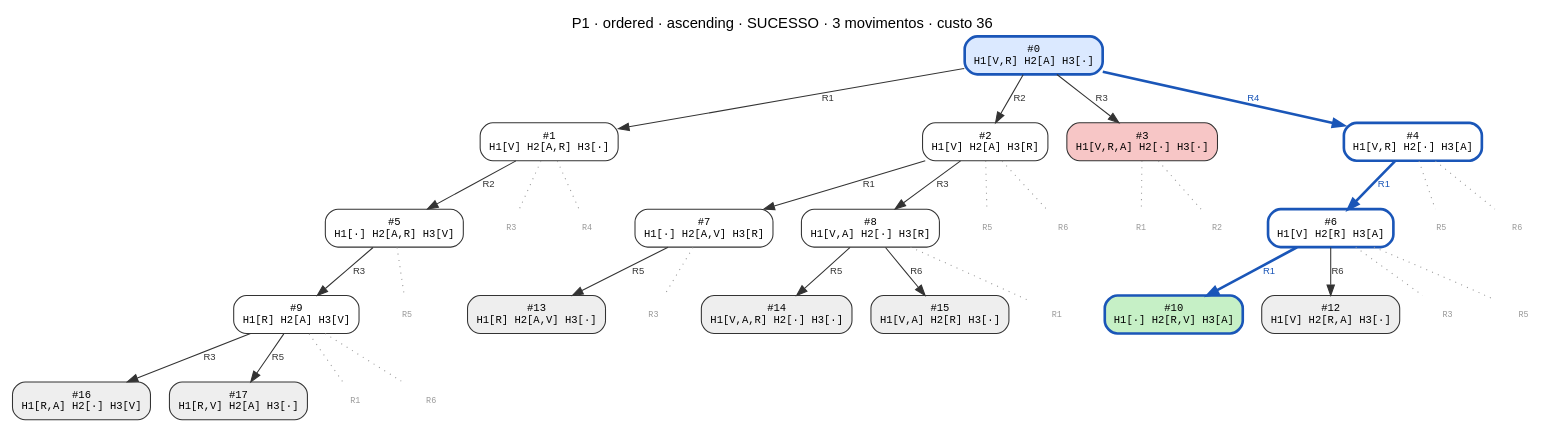
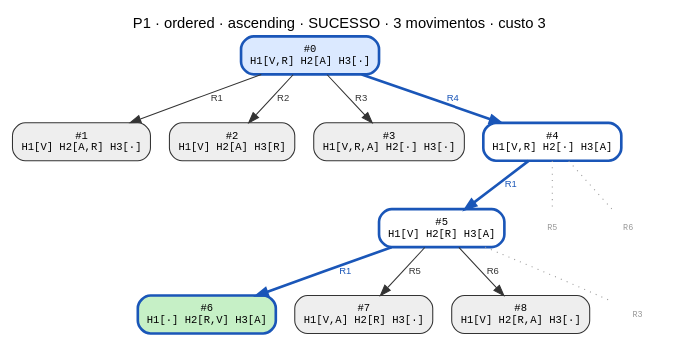
One commit to CharlesLB/dcc-014-trabalho-1 changed the diagram in data/P1/ordered_ascending.dot. Above: the diagram before and after it, drawn with Graphviz. The commit also changed 17 other files, not shown here.

Commit message:
Regenerate the search-tree graphs with unit move cost and the greedy search

```diff
--- a/data/P1/ordered_ascending.dot
+++ b/data/P1/ordered_ascending.dot
@@ -1,68 +1,28 @@
 digraph search {
-  label="P1 · ordered · ascending · SUCESSO · 3 movimentos · custo 36"; labelloc=t; fontname="Helvetica";
+  label="P1 · ordered · ascending · SUCESSO · 3 movimentos · custo 3"; labelloc=t; fontname="Helvetica";
   node [shape=box, style="rounded,filled", fontname="monospace", fontsize=10];
   edge [fontname="Helvetica", fontsize=9];
   n0 [label="#0\nH1[V,R] H2[A] H3[·]", fillcolor="#dbe9ff", color="#1a56b8", penwidth=2.5];
-  n1 [label="#1\nH1[V] H2[A,R] H3[·]", fillcolor="#ffffff", color="#333333", penwidth=1];
+  n1 [label="#1\nH1[V] H2[A,R] H3[·]", fillcolor="#eeeeee", color="#333333", penwidth=1];
   n0 -> n1 [label="R1", color="#333333", fontcolor="#333333", penwidth=1];
-  n2 [label="#2\nH1[V] H2[A] H3[R]", fillcolor="#ffffff", color="#333333", penwidth=1];
+  n2 [label="#2\nH1[V] H2[A] H3[R]", fillcolor="#eeeeee", color="#333333", penwidth=1];
   n0 -> n2 [label="R2", color="#333333", fontcolor="#333333", penwidth=1];
-  n3 [label="#3\nH1[V,R,A] H2[·] H3[·]", fillcolor="#f7c6c6", color="#333333", penwidth=1];
+  n3 [label="#3\nH1[V,R,A] H2[·] H3[·]", fillcolor="#eeeeee", color="#333333", penwidth=1];
   n0 -> n3 [label="R3", color="#333333", fontcolor="#333333", penwidth=1];
   n4 [label="#4\nH1[V,R] H2[·] H3[A]", fillcolor="#ffffff", color="#1a56b8", penwidth=2.5];
   n0 -> n4 [label="R4", color="#1a56b8", fontcolor="#1a56b8", penwidth=2.5];
-  n5 [label="#5\nH1[·] H2[A,R] H3[V]", fillcolor="#ffffff", color="#333333", penwidth=1];
-  n1 -> n5 [label="R2", color="#333333", fontcolor="#333333", penwidth=1];
-  n6 [label="#6\nH1[V] H2[R] H3[A]", fillcolor="#ffffff", color="#1a56b8", penwidth=2.5];
-  n4 -> n6 [label="R1", color="#1a56b8", fontcolor="#1a56b8", penwidth=2.5];
-  n7 [label="#7\nH1[·] H2[A,V] H3[R]", fillcolor="#ffffff", color="#333333", penwidth=1];
-  n2 -> n7 [label="R1", color="#333333", fontcolor="#333333", penwidth=1];
-  n8 [label="#8\nH1[V,A] H2[·] H3[R]", fillcolor="#ffffff", color="#333333", penwidth=1];
-  n2 -> n8 [label="R3", color="#333333", fontcolor="#333333", penwidth=1];
-  n9 [label="#9\nH1[R] H2[A] H3[V]", fillcolor="#ffffff", color="#333333", penwidth=1];
-  n5 -> n9 [label="R3", color="#333333", fontcolor="#333333", penwidth=1];
-  n10 [label="#10\nH1[·] H2[R,V] H3[A]", fillcolor="#c6f0c6", color="#1a56b8", penwidth=2.5];
-  n6 -> n10 [label="R1", color="#1a56b8", fontcolor="#1a56b8", penwidth=2.5];
-  n12 [label="#12\nH1[V] H2[R,A] H3[·]", fillcolor="#eeeeee", color="#333333", penwidth=1];
-  n6 -> n12 [label="R6", color="#333333", fontcolor="#333333", penwidth=1];
-  n13 [label="#13\nH1[R] H2[A,V] H3[·]", fillcolor="#eeeeee", color="#333333", penwidth=1];
-  n7 -> n13 [label="R5", color="#333333", fontcolor="#333333", penwidth=1];
-  n14 [label="#14\nH1[V,A,R] H2[·] H3[·]", fillcolor="#eeeeee", color="#333333", penwidth=1];
-  n8 -> n14 [label="R5", color="#333333", fontcolor="#333333", penwidth=1];
-  n15 [label="#15\nH1[V,A] H2[R] H3[·]", fillcolor="#eeeeee", color="#333333", penwidth=1];
-  n8 -> n15 [label="R6", color="#333333", fontcolor="#333333", penwidth=1];
-  n16 [label="#16\nH1[R,A] H2[·] H3[V]", fillcolor="#eeeeee", color="#333333", penwidth=1];
-  n9 -> n16 [label="R3", color="#333333", fontcolor="#333333", penwidth=1];
-  n17 [label="#17\nH1[R,V] H2[A] H3[·]", fillcolor="#eeeeee", color="#333333", penwidth=1];
-  n9 -> n17 [label="R5", color="#333333", fontcolor="#333333", penwidth=1];
-  p1_R3 [label="R3", shape=plaintext, style=solid, fontcolor="#999999", fontsize=8];
-  n1 -> p1_R3 [style=dotted, color="#999999", arrowhead=none];
-  p1_R4 [label="R4", shape=plaintext, style=solid, fontcolor="#999999", fontsize=8];
-  n1 -> p1_R4 [style=dotted, color="#999999", arrowhead=none];
-  p3_R1 [label="R1", shape=plaintext, style=solid, fontcolor="#999999", fontsize=8];
-  n3 -> p3_R1 [style=dotted, color="#999999", arrowhead=none];
-  p3_R2 [label="R2", shape=plaintext, style=solid, fontcolor="#999999", fontsize=8];
-  n3 -> p3_R2 [style=dotted, color="#999999", arrowhead=none];
+  n5 [label="#5\nH1[V] H2[R] H3[A]", fillcolor="#ffffff", color="#1a56b8", penwidth=2.5];
+  n4 -> n5 [label="R1", color="#1a56b8", fontcolor="#1a56b8", penwidth=2.5];
+  n6 [label="#6\nH1[·] H2[R,V] H3[A]", fillcolor="#c6f0c6", color="#1a56b8", penwidth=2.5];
+  n5 -> n6 [label="R1", color="#1a56b8", fontcolor="#1a56b8", penwidth=2.5];
+  n7 [label="#7\nH1[V,A] H2[R] H3[·]", fillcolor="#eeeeee", color="#333333", penwidth=1];
+  n5 -> n7 [label="R5", color="#333333", fontcolor="#333333", penwidth=1];
+  n8 [label="#8\nH1[V] H2[R,A] H3[·]", fillcolor="#eeeeee", color="#333333", penwidth=1];
+  n5 -> n8 [label="R6", color="#333333", fontcolor="#333333", penwidth=1];
   p4_R5 [label="R5", shape=plaintext, style=solid, fontcolor="#999999", fontsize=8];
   n4 -> p4_R5 [style=dotted, color="#999999", arrowhead=none];
   p4_R6 [label="R6", shape=plaintext, style=solid, fontcolor="#999999", fontsize=8];
   n4 -> p4_R6 [style=dotted, color="#999999", arrowhead=none];
-  p2_R5 [label="R5", shape=plaintext, style=solid, fontcolor="#999999", fontsize=8];
-  n2 -> p2_R5 [style=dotted, color="#999999", arrowhead=none];
-  p2_R6 [label="R6", shape=plaintext, style=solid, fontcolor="#999999", fontsize=8];
-  n2 -> p2_R6 [style=dotted, color="#999999", arrowhead=none];
-  p5_R5 [label="R5", shape=plaintext, style=solid, fontcolor="#999999", fontsize=8];
-  n5 -> p5_R5 [style=dotted, color="#999999", arrowhead=none];
-  p6_R3 [label="R3", shape=plaintext, style=solid, fontcolor="#999999", fontsize=8];
-  n6 -> p6_R3 [style=dotted, color="#999999", arrowhead=none];
-  p7_R3 [label="R3", shape=plaintext, style=solid, fontcolor="#999999", fontsize=8];
-  n7 -> p7_R3 [style=dotted, color="#999999", arrowhead=none];
-  p8_R1 [label="R1", shape=plaintext, style=solid, fontcolor="#999999", fontsize=8];
-  n8 -> p8_R1 [style=dotted, color="#999999", arrowhead=none];
-  p6_R5 [label="R5", shape=plaintext, style=solid, fontcolor="#999999", fontsize=8];
-  n6 -> p6_R5 [style=dotted, color="#999999", arrowhead=none];
-  p9_R1 [label="R1", shape=plaintext, style=solid, fontcolor="#999999", fontsize=8];
-  n9 -> p9_R1 [style=dotted, color="#999999", arrowhead=none];
-  p9_R6 [label="R6", shape=plaintext, style=solid, fontcolor="#999999", fontsize=8];
-  n9 -> p9_R6 [style=dotted, color="#999999", arrowhead=none];
+  p5_R3 [label="R3", shape=plaintext, style=solid, fontcolor="#999999", fontsize=8];
+  n5 -> p5_R3 [style=dotted, color="#999999", arrowhead=none];
 }
```
